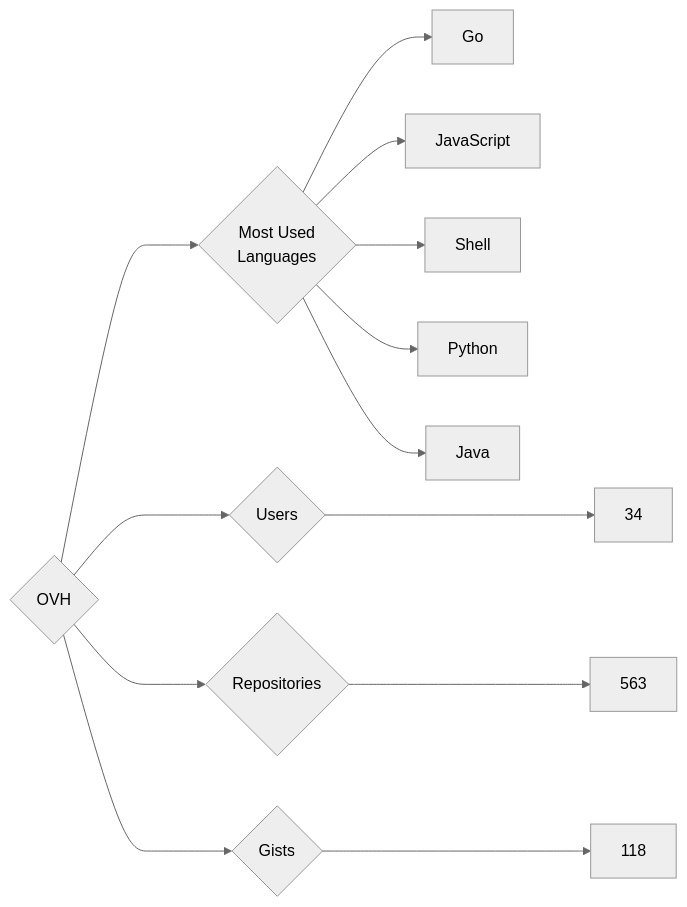
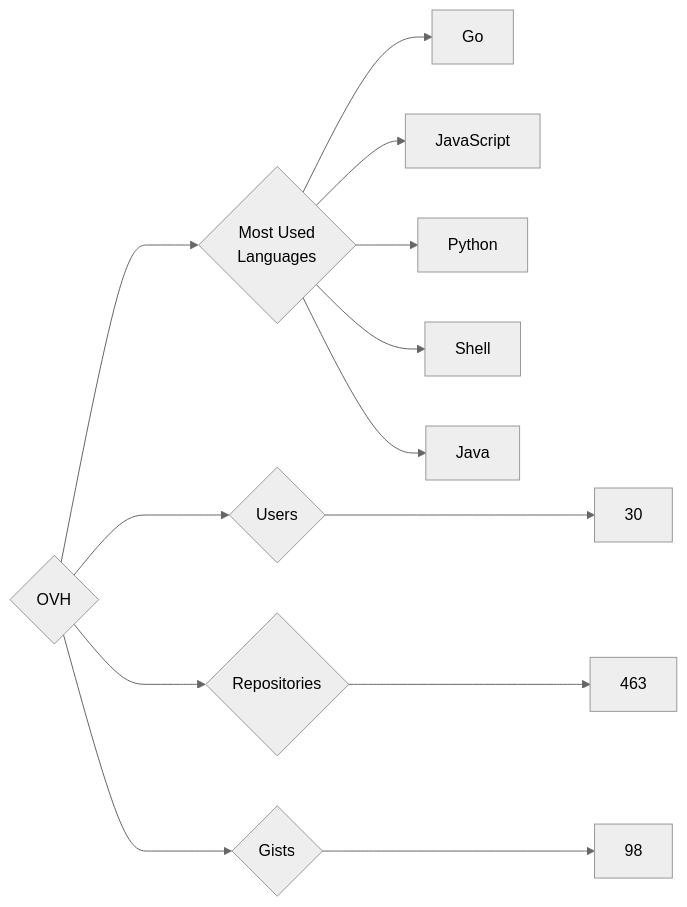
The diagram in targets/OVH/README.md (trickest/insiders), drawn with Mermaid (neutral theme) before and after one commit. The commit also changed 839 other files, not shown here.

````diff
--- a/targets/OVH/README.md
+++ b/targets/OVH/README.md
@@ -3,13 +3,13 @@
 ```mermaid
 graph LR
 COMPANY_NAME{OVH}
-COMPANY_NAME ---> U{Users} ---> UN[34]
-COMPANY_NAME ---> R{Repositories} ---> RN[563]
-COMPANY_NAME ---> G{Gists} ---> GN[118]
+COMPANY_NAME ---> U{Users} ---> UN[30]
+COMPANY_NAME ---> R{Repositories} ---> RN[463]
+COMPANY_NAME ---> G{Gists} ---> GN[98]
 COMPANY_NAME ---> ML{Most Used<br>Languages}
 ML --> Go[Go]
 ML --> JavaScript[JavaScript]
+ML --> Python[Python]
 ML --> Shell[Shell]
-ML --> Python[Python]
 ML --> Java[Java]
 ```
````
